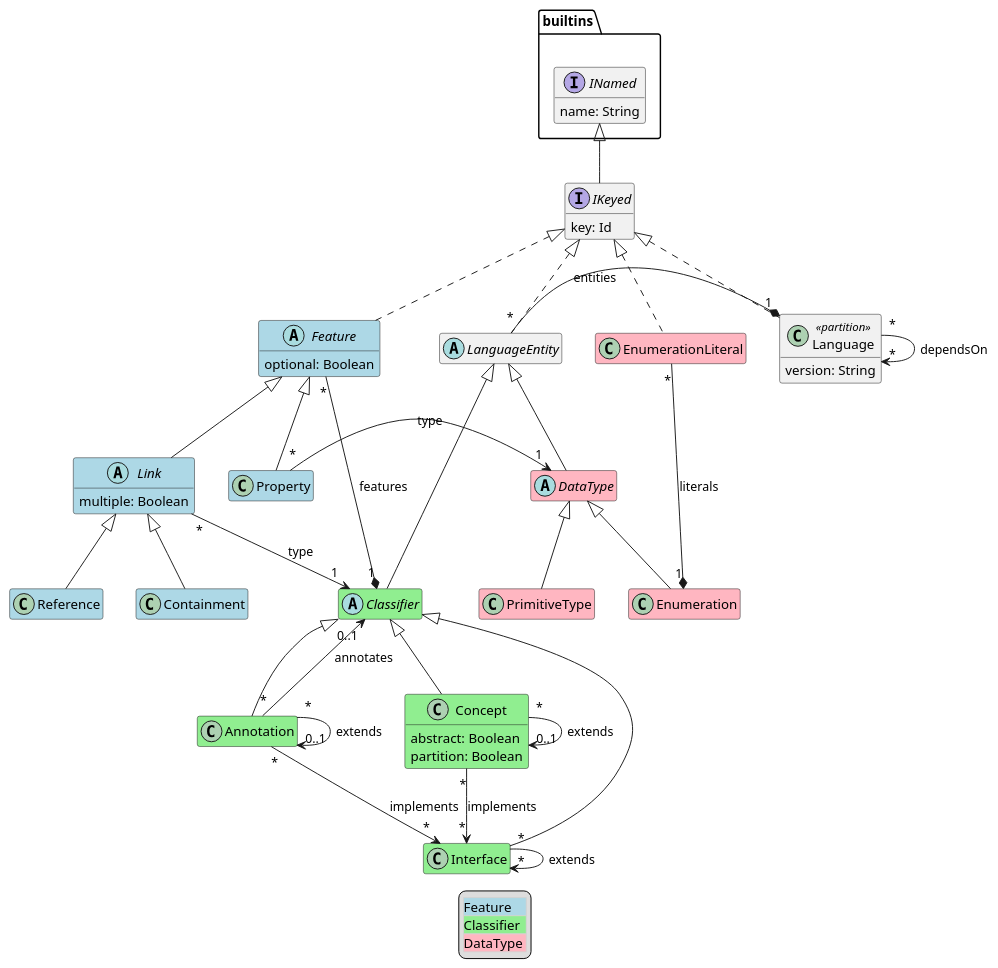
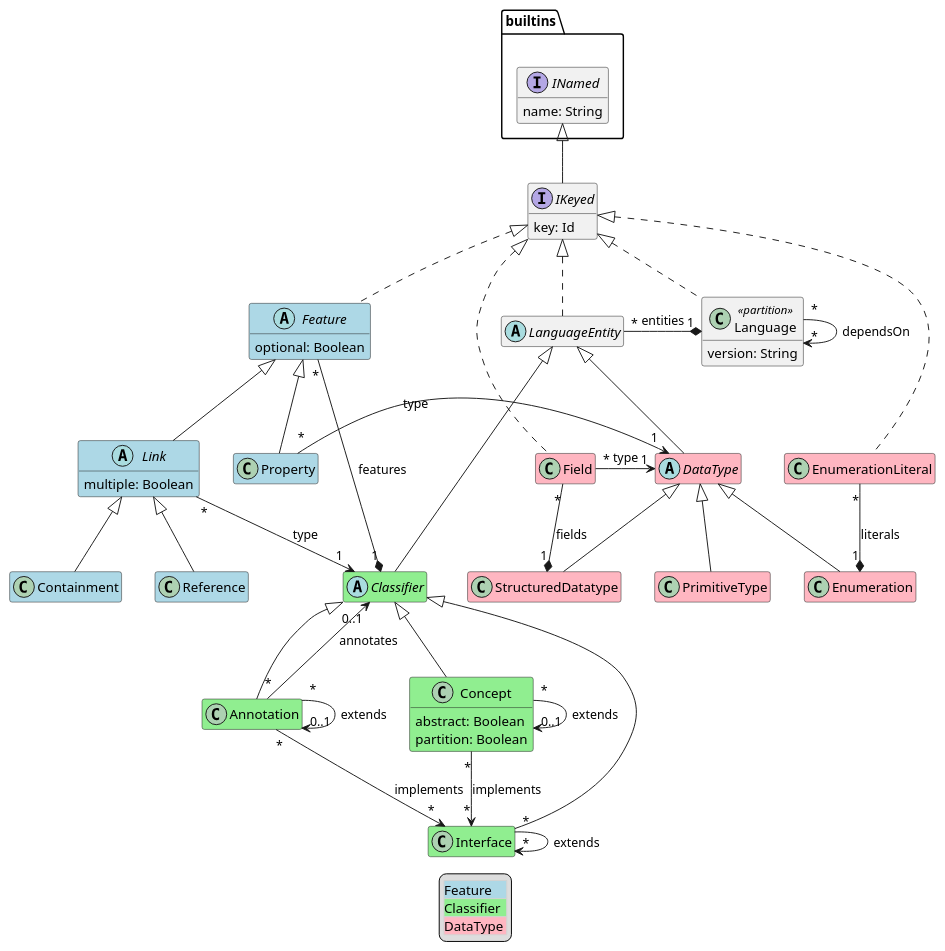
One commit to LionWeb-io/specification changed the diagram in metametamodel/metametamodel.puml. Above: the diagram before and after it, drawn with PlantUML. The commit also changed 1 other file, not shown here.

Commit message:
added StructuredDatatype to M3 doc

```diff
--- a/metametamodel/metametamodel.puml
+++ b/metametamodel/metametamodel.puml
@@ -1,80 +1,90 @@
 @startuml
 hide empty members
 
 package builtins {
   interface builtins.INamed {
     name: String
   }
 }
 
 class Annotation #LightGreen extends Classifier
 
 class Concept #LightGreen extends Classifier {
   abstract: Boolean
   partition: Boolean
 }
 
 class Interface #LightGreen extends Classifier
 
 class Containment #LightBlue extends Link
 
 abstract class DataType #LightPink extends LanguageEntity
 
 class Enumeration #LightPink extends DataType
 
 class EnumerationLiteral #LightPink implements IKeyed
 
 abstract class Feature #LightBlue implements IKeyed {
   optional: Boolean
 }
 
+class Field #LightPink implements IKeyed
+
 abstract class Classifier #LightGreen extends LanguageEntity
 
 abstract class Link #LightBlue extends Feature {
   multiple: Boolean
 }
 
 class Language <<partition>> implements IKeyed {
   version: String
 }
 
 abstract class LanguageEntity implements IKeyed
 
 interface IKeyed extends builtins.INamed {
   key: Id
 }
 
 class PrimitiveType #LightPink extends DataType
 
 class Property #LightBlue extends Feature
 
 class Reference #LightBlue extends Link
 
+class StructuredDatatype #LightPink extends DataType
+
 ' relations:
 
 Annotation "*" --> "0..1" Classifier: annotates
 Annotation "*" --> "0..1" Annotation: extends
 Annotation "*" --> "*" Interface: implements
 
 Concept "*" --> "0..1" Concept: extends
 Concept "*" --> "*" Interface: implements
 
 Interface "*" --> "*" Interface: extends
 
 EnumerationLiteral "*" -* "1" Enumeration : literals
 
 Feature "*" -* "1" Classifier: features
 
+Field "*" -> "1" DataType: type
+
 Link "*" --> "1" Classifier: type
 
 Language "*" --> "*" Language: dependsOn
 LanguageEntity "*" -* "1" Language: entities
 
 Property "*" -> "1" DataType: type
 
+Field "*" -* "1" StructuredDatatype: fields
+
+Language -[hidden]- EnumerationLiteral
+
 legend
   <#LightGray,#LightGray>| <#LightBlue>Feature |
   | <#LightGreen>Classifier |
   | <#LightPink>DataType |
 end legend
 @enduml
```
